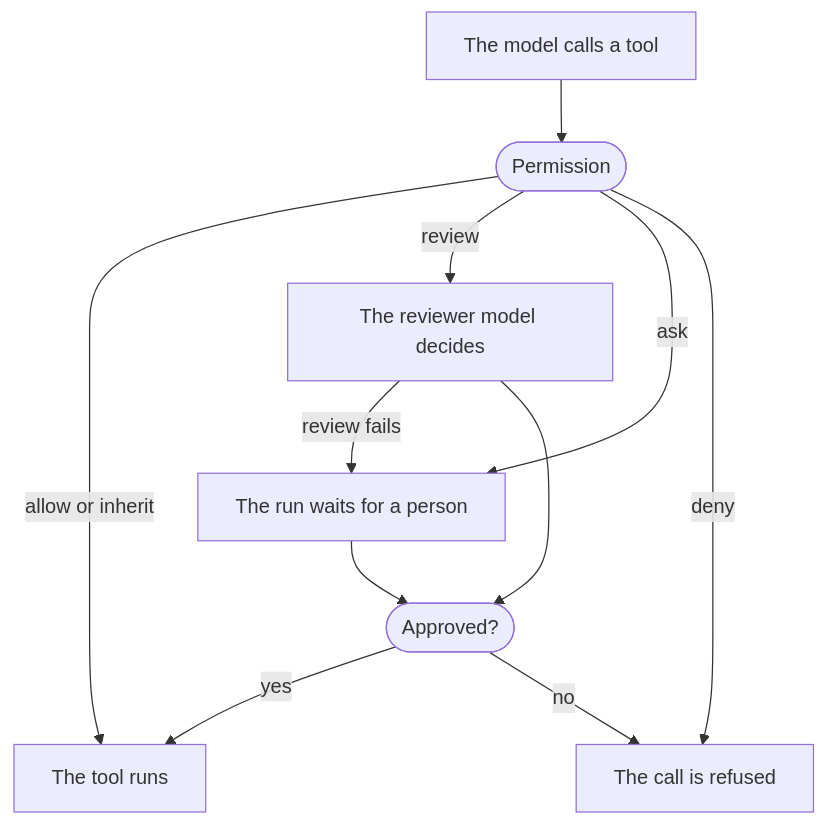
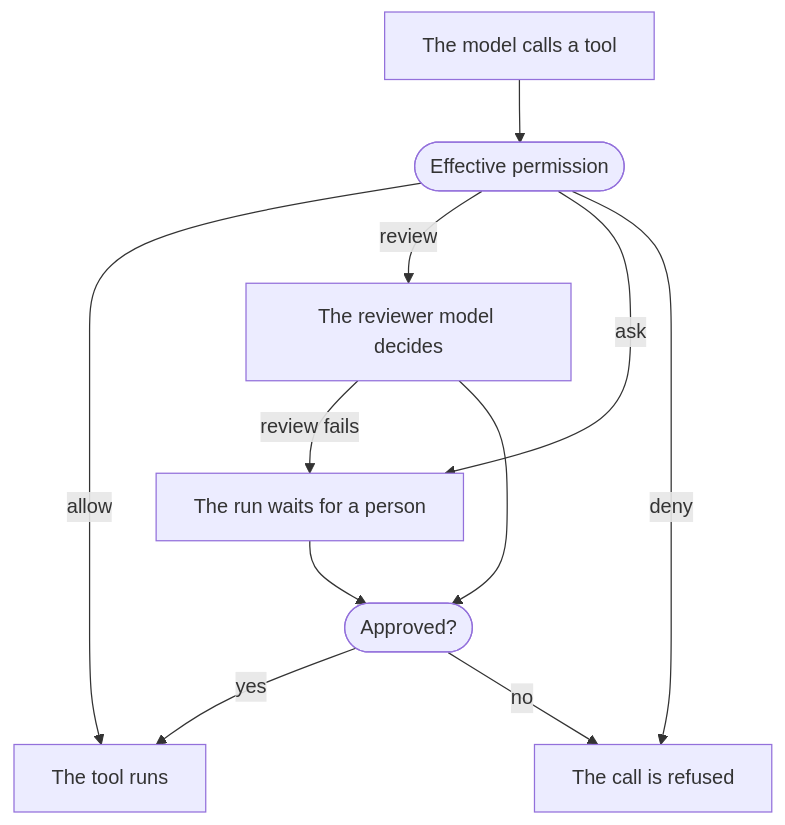
The second of 3 diagrams in docs/a13n-service/agents-and-runs.md (converge-ai-labs/agent-foundation), drawn with Mermaid before and after one commit. The commit also changed other lines of this file and 199 other files, not shown here.

````diff
--- a/docs/a13n-service/agents-and-runs.md
+++ b/docs/a13n-service/agents-and-runs.md
@@ -90,18 +90,18 @@
 ```mermaid
 flowchart TB
-    Call["The model calls a tool"] --> Permission(["Permission"])
-    Permission -->|"allow or inherit"| Run["The tool runs"]
+    Call["The model calls a tool"] --> Permission(["Effective permission"])
+    Permission -->|"allow"| Run["The tool runs"]
     Permission -->|"review"| Reviewer["The reviewer model decides"]
     Permission -->|"ask"| Person["The run waits for a person"]
     Permission -->|"deny"| Refuse["The call is refused"]
     Reviewer -->|"review fails"| Person
     Reviewer --> Decision(["Approved?"])
     Person --> Decision
     Decision -->|"yes"| Run
     Decision -->|"no"| Refuse
 
     class Run success
     class Refuse danger
     class Person warning
     class Reviewer ext
 ```
````
